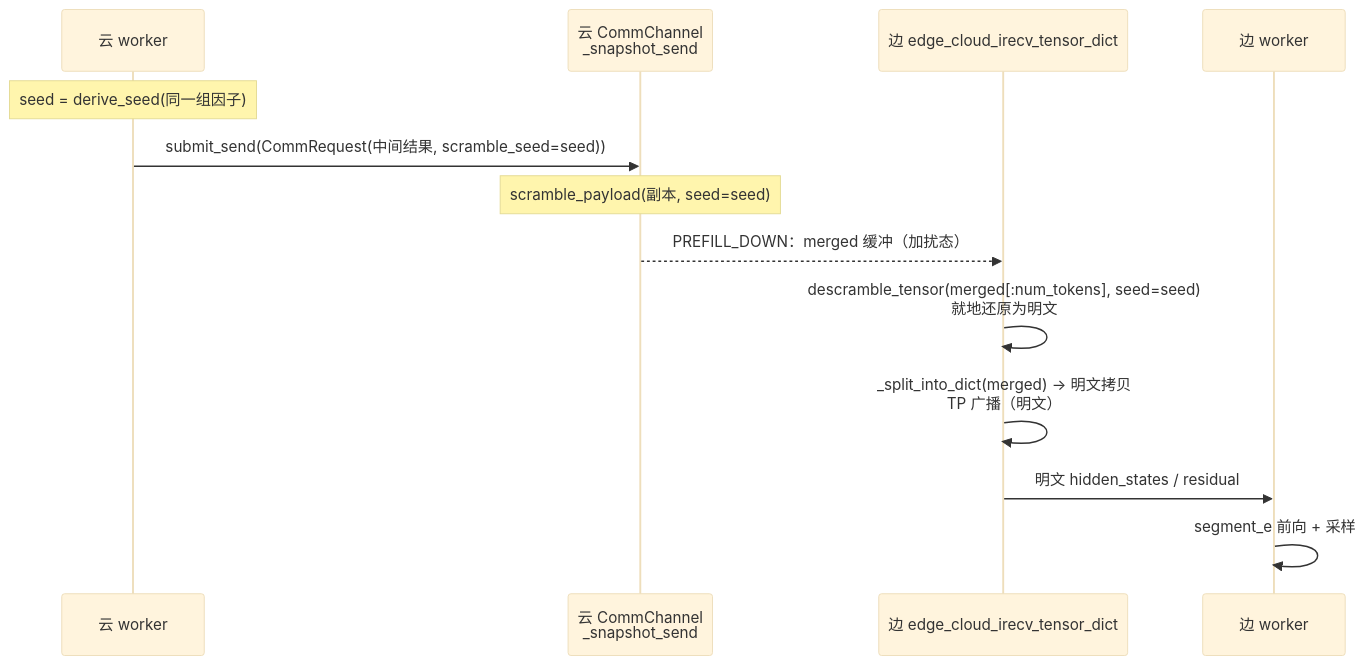
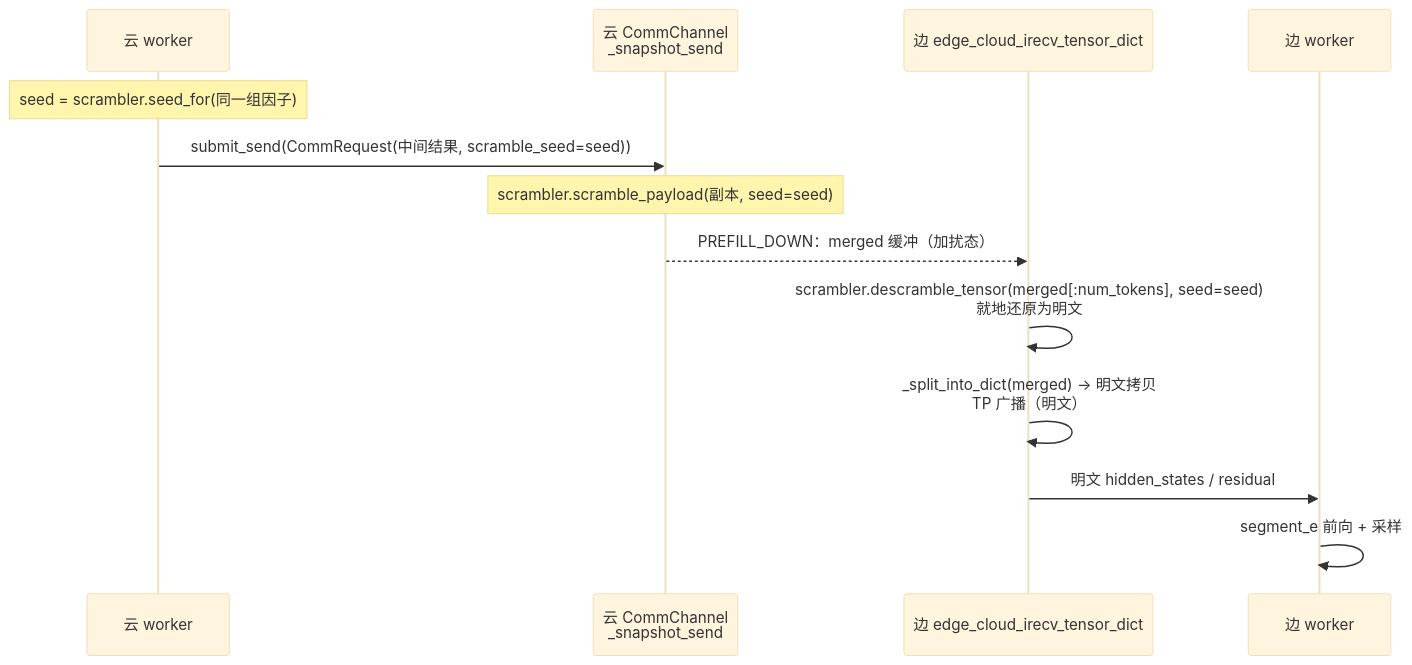
One commit to fei-cn-xie/blog-repo changed the third of 3 diagrams in vllm/加扰与解扰.md. Above: the diagram before and after it, drawn with Mermaid (base theme). The commit also changed other lines of this file, not shown here.

````diff
--- a/vllm/加扰与解扰.md
+++ b/vllm/加扰与解扰.md
@@ -663,16 +818,16 @@
 ```mermaid
 sequenceDiagram
     participant CW as 云 worker
     participant CSH as 云 CommChannel<br/>_snapshot_send
     participant EIR as 边 edge_cloud_irecv_tensor_dict
     participant EW as 边 worker
 
-    Note over CW: seed = derive_seed(同一组因子)
+    Note over CW: seed = scrambler.seed_for(同一组因子)
     CW->>CSH: submit_send(CommRequest(中间结果, scramble_seed=seed))
-    Note over CSH: scramble_payload(副本, seed=seed)
+    Note over CSH: scrambler.scramble_payload(副本, seed=seed)
     CSH-->>EIR: PREFILL_DOWN：merged 缓冲（加扰态）
-    EIR->>EIR: descramble_tensor(merged[:num_tokens], seed=seed)<br/>就地还原为明文
+    EIR->>EIR: scrambler.descramble_tensor(merged[:num_tokens], seed=seed)<br/>就地还原为明文
     EIR->>EIR: _split_into_dict(merged) → 明文拷贝<br/>TP 广播（明文）
     EIR->>EW: 明文 hidden_states / residual
     EW->>EW: segment_e 前向 + 采样
 ```
````
